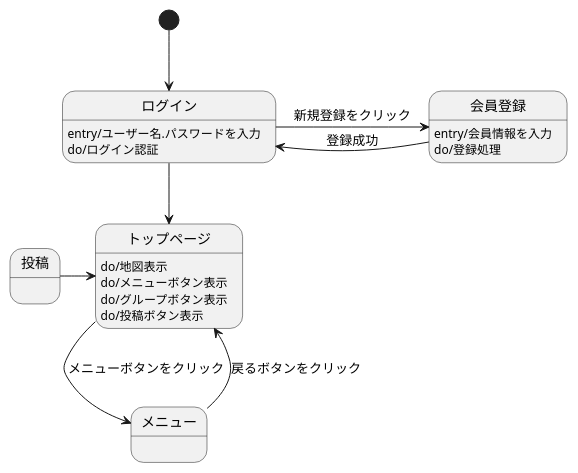
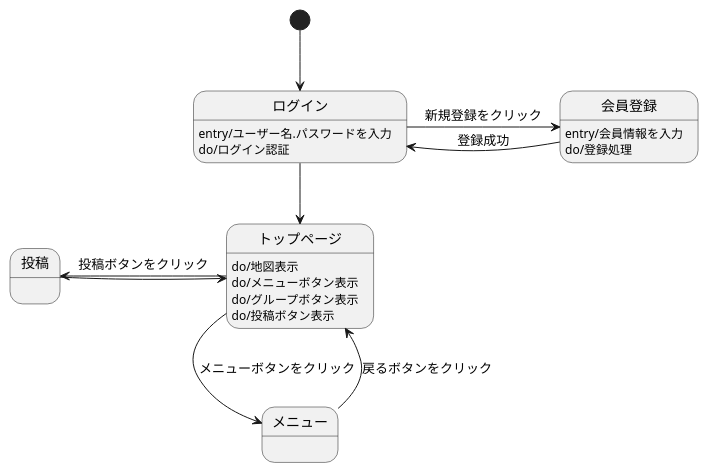
Before and after one commit to Aso2001031/System4_ver2.0: the diagram in 03_画面遷移図/画面遷移図.md, drawn with PlantUML.

````diff
--- a/03_画面遷移図/画面遷移図.md
+++ b/03_画面遷移図/画面遷移図.md
@@ -1,31 +1,31 @@
 ```uml
 @startuml
 
 [*] -down-> ログイン
 
 トップページ : do/地図表示
 トップページ : do/メニューボタン表示
 トップページ : do/グループボタン表示
 トップページ : do/投稿ボタン表示
 トップページ -down-> メニュー : メニューボタンをクリック
-
+トップページ -left-> 投稿 : 投稿ボタンをクリック
 
 ログイン -down-> トップページ
 ログイン : entry/ユーザー名.パスワードを入力 
 ログイン : do/ログイン認証 
 ログイン -> 会員登録 : 新規登録をクリック
 
 会員登録 -> ログイン : 登録成功
 会員登録 : entry/会員情報を入力 
 会員登録 : do/登録処理
 
 メニュー -up-> トップページ : 戻るボタンをクリック
 メニュー : 
 
 投稿 -> トップページ
 投稿 : 
 
 
 
 @enduml
 ```
````
